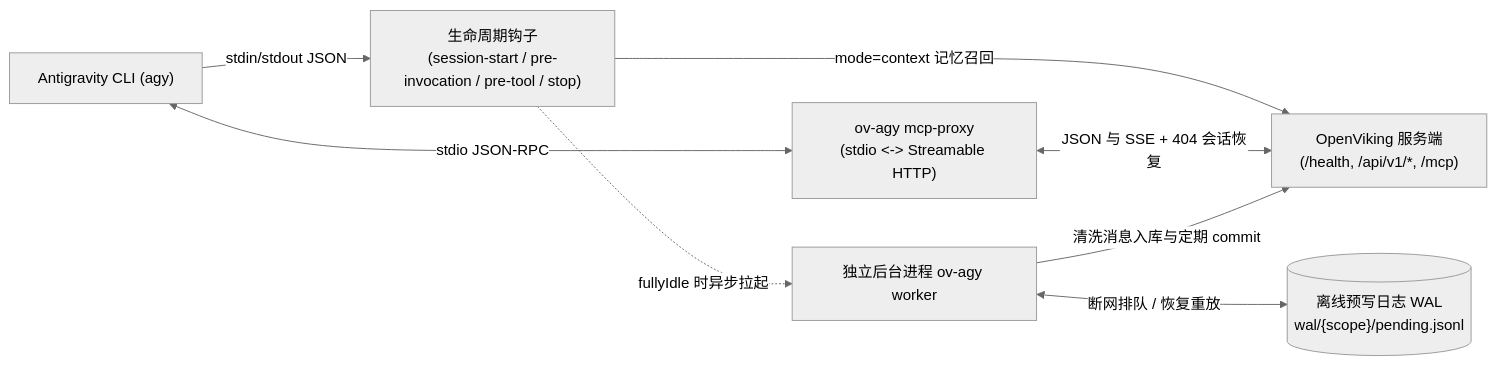
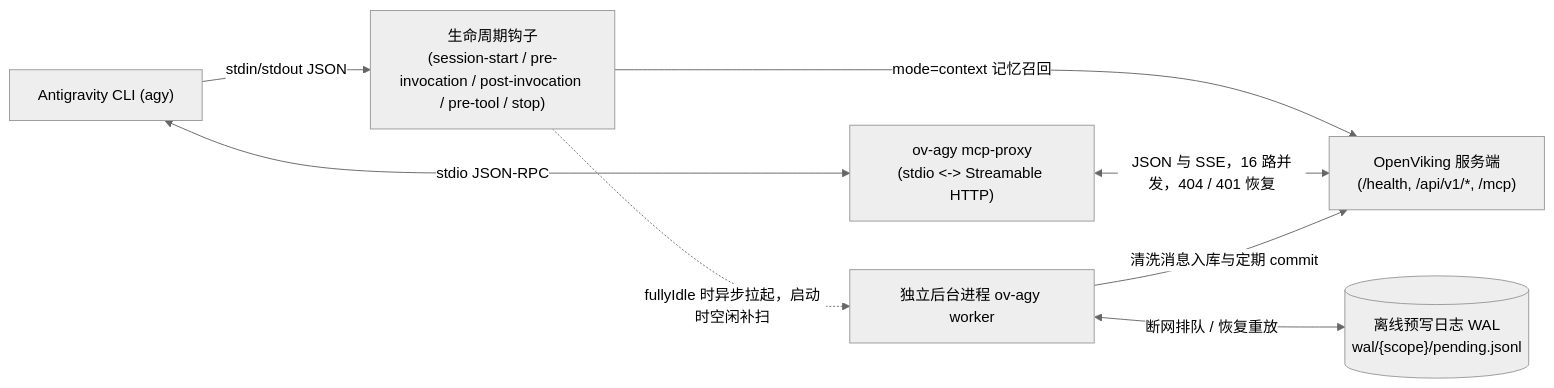
One commit to JamCh01/agy-openviking changed the diagram in README.zh-CN.md. Above: the diagram before and after it, drawn with Mermaid (neutral theme). The commit also changed other lines of this file and 41 other files, not shown here.

````diff
--- a/README.zh-CN.md
+++ b/README.zh-CN.md
@@ -56,17 +59,17 @@
 ```mermaid
 flowchart LR
     AGY["Antigravity CLI (agy)"]
-    HOOKS["生命周期钩子\n(session-start / pre-invocation / pre-tool / stop)"]
+    HOOKS["生命周期钩子\n(session-start / pre-invocation / post-invocation / pre-tool / stop)"]
     MCP["ov-agy mcp-proxy\n(stdio <-> Streamable HTTP)"]
     WORKER["独立后台进程 ov-agy worker"]
     WAL[("离线预写日志 WAL\nwal/{scope}/pending.jsonl")]
     OV["OpenViking 服务端\n(/health, /api/v1/*, /mcp)"]
 
     AGY -->|"stdin/stdout JSON"| HOOKS
     AGY <-->|"stdio JSON-RPC"| MCP
     HOOKS -->|"mode=context 记忆召回"| OV
-    HOOKS -.->|"fullyIdle 时异步拉起"| WORKER
-    MCP <-->|"JSON 与 SSE + 404 会话恢复"| OV
+    HOOKS -.->|"fullyIdle 时异步拉起，启动时空闲补扫"| WORKER
+    MCP <-->|"JSON 与 SSE，16 路并发，404 / 401 恢复"| OV
     WORKER -->|"清洗消息入库与定期 commit"| OV
     WORKER <-->|"断网排队 / 恢复重放"| WAL
 ```
````
